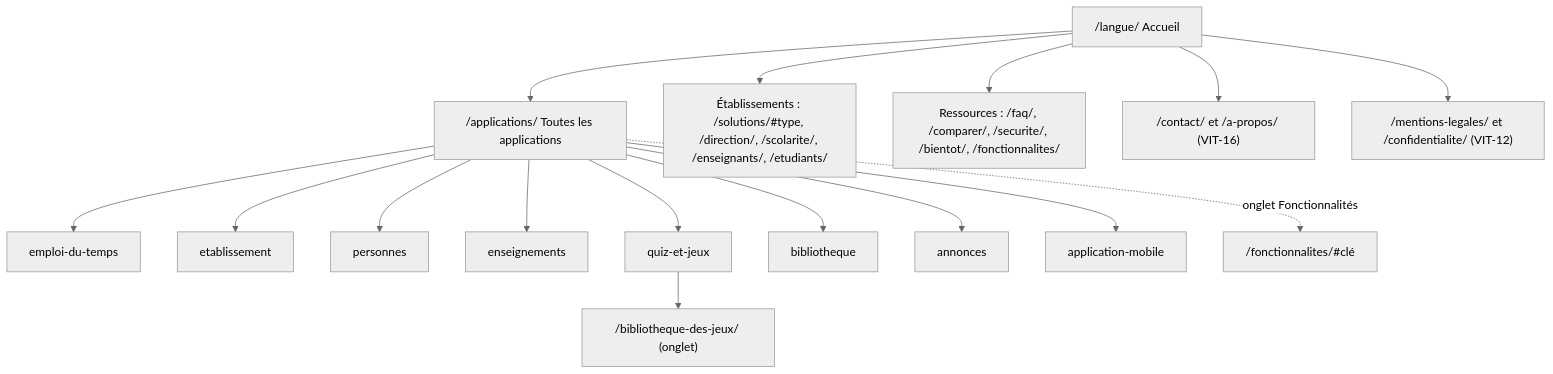
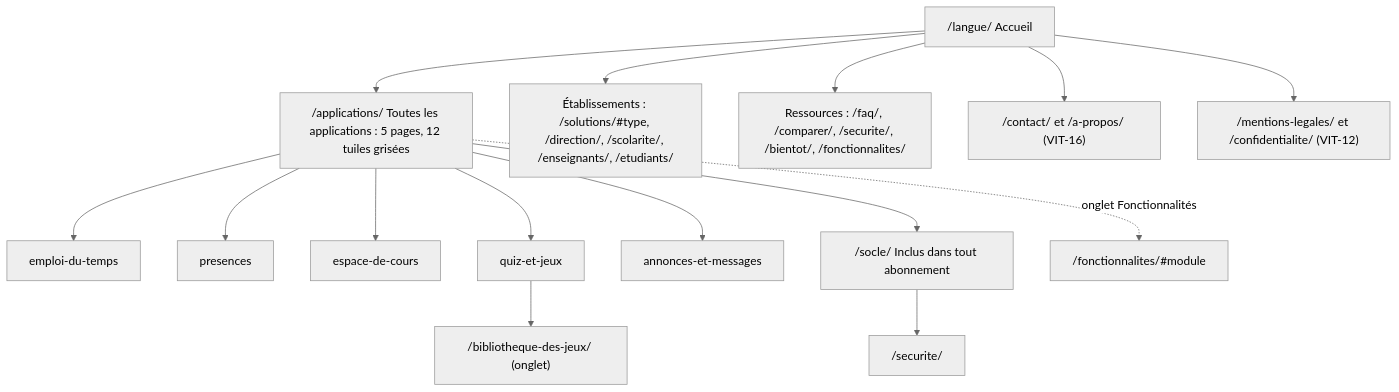
The diagram in docs/conception/vitrine/vit-20-structure-du-site.md (Claude20022002/Planner), drawn with Mermaid (neutral theme) before and after one commit. The commit also changed other lines of this file, not shown here.

Commit message:
VIT-20 : plan version 2 (17 modules vendables en quatre catégories, VIT-15 fondue, socle inclus)

````diff
--- a/docs/conception/vitrine/vit-20-structure-du-site.md
+++ b/docs/conception/vitrine/vit-20-structure-du-site.md
@@ -74,13 +77,13 @@
 ```mermaid
 flowchart TD
-    A["/langue/ Accueil"] --> APP["/applications/ Toutes les applications"]
-    APP --> P1["emploi-du-temps"] & P2["etablissement"] & P3["personnes"]
-    APP --> P4["enseignements"] & P5["quiz-et-jeux"] & P6["bibliotheque"]
-    APP --> P7["annonces"] & P8["application-mobile"]
-    P5 --> J["/bibliotheque-des-jeux/ (onglet)"]
-    APP -.onglet Fonctionnalités.-> F["/fonctionnalites/#clé"]
+    A["/langue/ Accueil"] --> APP["/applications/ Toutes les applications : 5 pages, 12 tuiles grisées"]
+    APP --> P1["emploi-du-temps"] & P2["presences"] & P3["espace-de-cours"] & P4["quiz-et-jeux"] & P5["annonces-et-messages"]
+    P4 --> J["/bibliotheque-des-jeux/ (onglet)"]
+    APP --> S["/socle/ Inclus dans tout abonnement"]
+    S --> SEC["/securite/"]
+    APP -.onglet Fonctionnalités.-> F["/fonctionnalites/#module"]
     A --> E["Établissements : /solutions/#type, /direction/, /scolarite/, /enseignants/, /etudiants/"]
     A --> R["Ressources : /faq/, /comparer/, /securite/, /bientot/, /fonctionnalites/"]
     A --> C["/contact/ et /a-propos/ (VIT-16)"]
     A --> L["/mentions-legales/ et /confidentialite/ (VIT-12)"]
 ```
````
